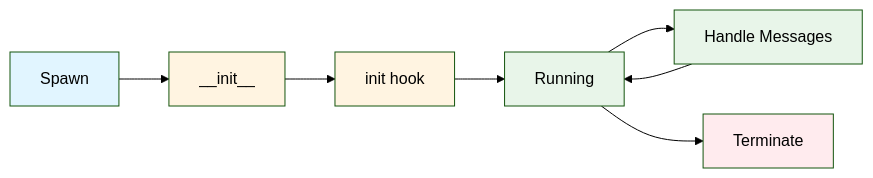
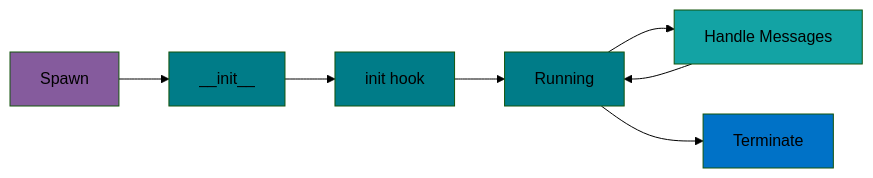
Diagram 11 of 11 in docs/ACTORS.md (AlirezaShamsoshoara/monarch), drawn with Mermaid (forest theme) before and after one commit. The commit also changed other lines of this file, not shown here.

Commit message:
update the actors.md for mermaid colors and errors

````diff
--- a/docs/ACTORS.md
+++ b/docs/ACTORS.md
@@ -952,16 +952,16 @@
 ```mermaid
 graph LR
     A[Spawn] --> B[__init__]
     B --> C[init hook]
     C --> D[Running]
     D --> E[Handle Messages]
     E --> D
     D --> F[Terminate]
 
-    style A fill:#e1f5ff
-    style B fill:#fff4e1
-    style C fill:#fff4e1
-    style D fill:#e8f5e9
-    style E fill:#e8f5e9
-    style F fill:#ffebee
+    style A fill:#855b9d
+    style B fill:#007c88
+    style C fill:#007c88
+    style D fill:#007c88
+    style E fill:#13a3a4
+    style F fill:#0072c7
 ```
````
